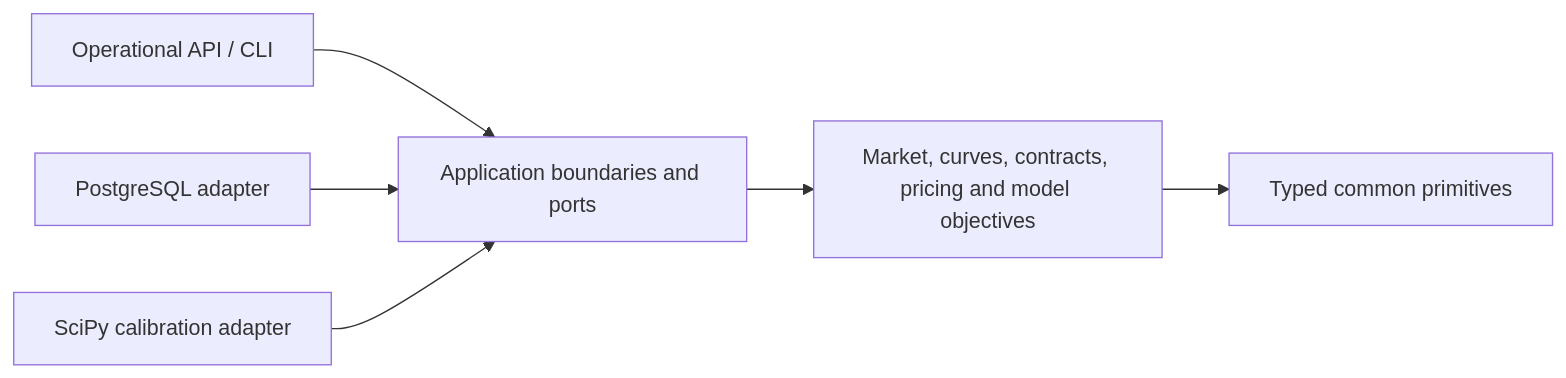
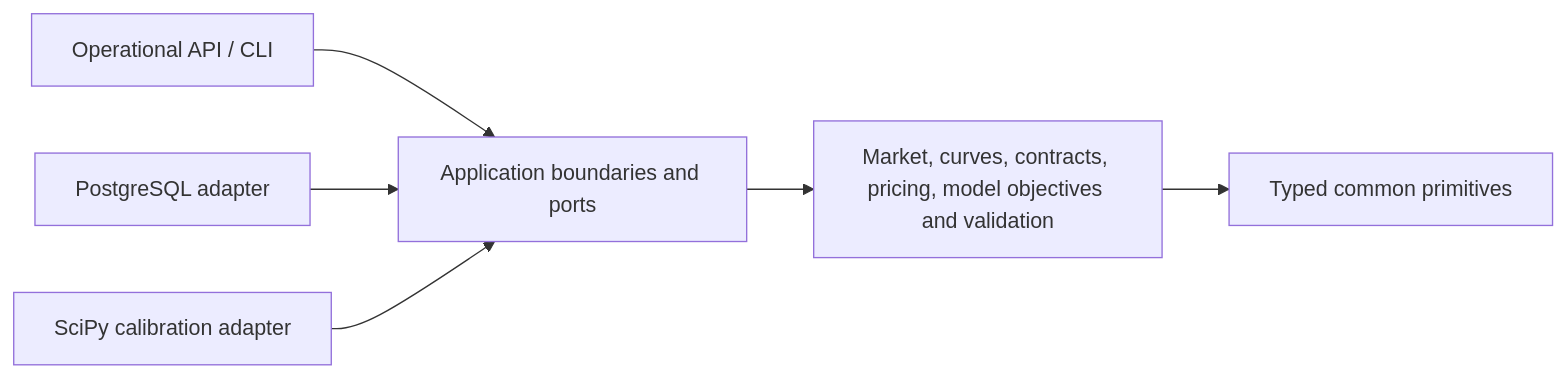
Before and after one commit to vaibhav7506/parallax-risk: the diagram in README.md, drawn with Mermaid. The commit also changed other lines of this file and 1 other file, not shown here.

````diff
--- a/README.md
+++ b/README.md
@@ -29,8 +29,8 @@
 ```mermaid
 flowchart LR
     API[Operational API / CLI] --> APP[Application boundaries and ports]
-    APP --> DOMAIN[Market, curves, contracts, pricing and model objectives]
+    APP --> DOMAIN[Market, curves, contracts, pricing, model objectives and validation]
     DOMAIN --> CORE[Typed common primitives]
     DB[PostgreSQL adapter] --> APP
     SOLVER[SciPy calibration adapter] --> APP
 ```
````
